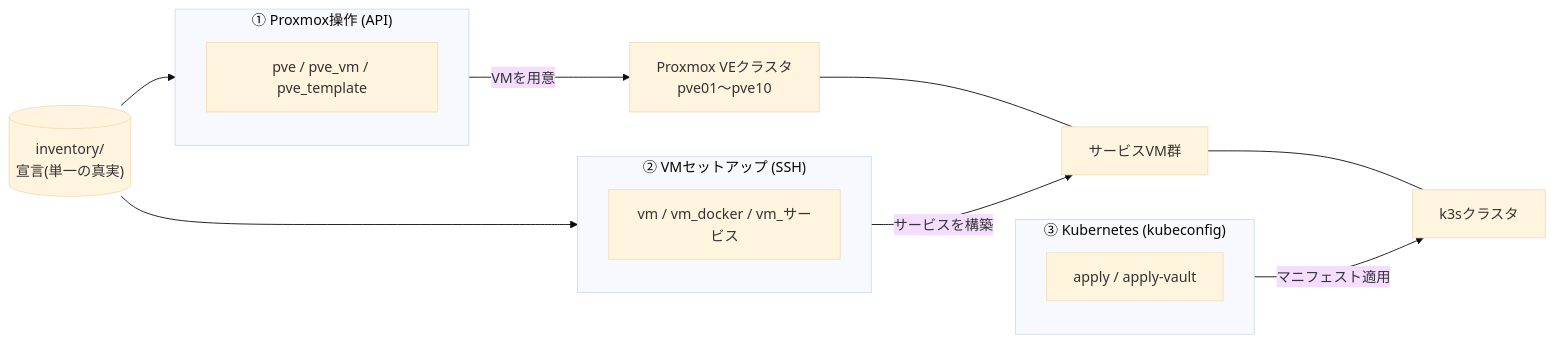
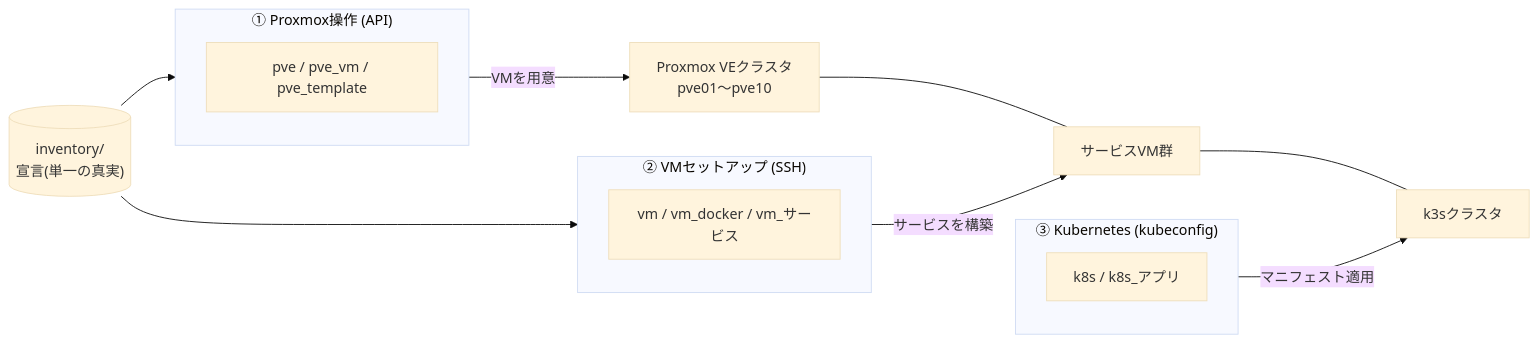
The second of 3 diagrams in README.md (CHACCHAN/infrastructure), drawn with Mermaid (base theme) before and after one commit. The commit also changed other lines of this file and 103 other files, not shown here.

````diff
--- a/README.md
+++ b/README.md
@@ -38,19 +38,19 @@
 ```mermaid
 flowchart LR
     INV[("inventory/<br>宣言(単一の真実)")]
     subgraph D1["① Proxmox操作 (API)"]
         PVE["pve / pve_vm / pve_template"]
     end
     subgraph D2["② VMセットアップ (SSH)"]
         VM["vm / vm_docker / vm_サービス"]
     end
     subgraph D3["③ Kubernetes (kubeconfig)"]
-        K8S["apply / apply-vault"]
+        K8S["k8s / k8s_アプリ"]
     end
     INV --> D1 & D2
     D1 -->|"VMを用意"| PVECLUSTER["Proxmox VEクラスタ<br>pve01〜pve10"]
     D2 -->|"サービスを構築"| VMS["サービスVM群"]
     D3 -->|"マニフェスト適用"| K3S["k3sクラスタ"]
     PVECLUSTER --- VMS
     VMS --- K3S
 ```
````
